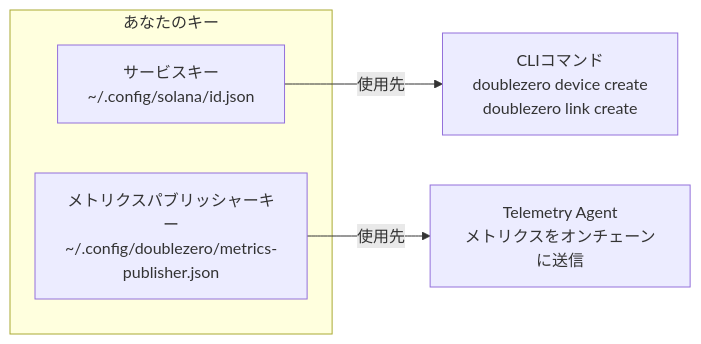
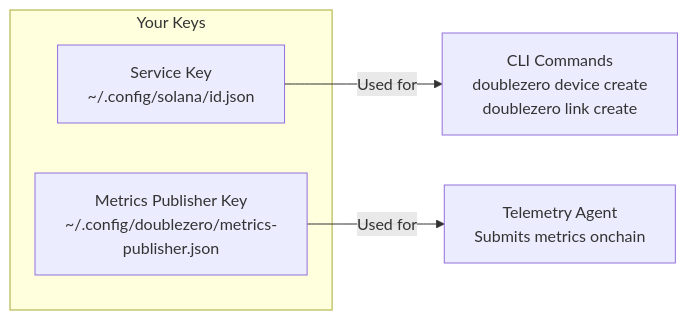
Before and after one commit to malbeclabs/docs: the fourth of 13 diagrams in docs/contribute-provisioning.ja.md, drawn with Mermaid. The commit also changed other lines of this file and 160 other files, not shown here.

````diff
--- a/docs/contribute-provisioning.ja.md
+++ b/docs/contribute-provisioning.ja.md
@@ -166,10 +205,10 @@
 ```mermaid
 flowchart LR
-    subgraph "あなたのキー"
-        SK[サービスキー<br/>~/.config/solana/id.json]
-        MK[メトリクスパブリッシャーキー<br/>~/.config/doublezero/metrics-publisher.json]
+    subgraph "Your Keys"
+        SK[Service Key<br/>~/.config/solana/id.json]
+        MK[Metrics Publisher Key<br/>~/.config/doublezero/metrics-publisher.json]
     end
 
-    SK -->|使用先| CLI[CLIコマンド<br/>doublezero device create<br/>doublezero link create]
-    MK -->|使用先| TEL[Telemetry Agent<br/>メトリクスをオンチェーンに送信]
+    SK -->|Used for| CLI[CLI Commands<br/>doublezero device create<br/>doublezero link create]
+    MK -->|Used for| TEL[Telemetry Agent<br/>Submits metrics onchain]
 ```
````
